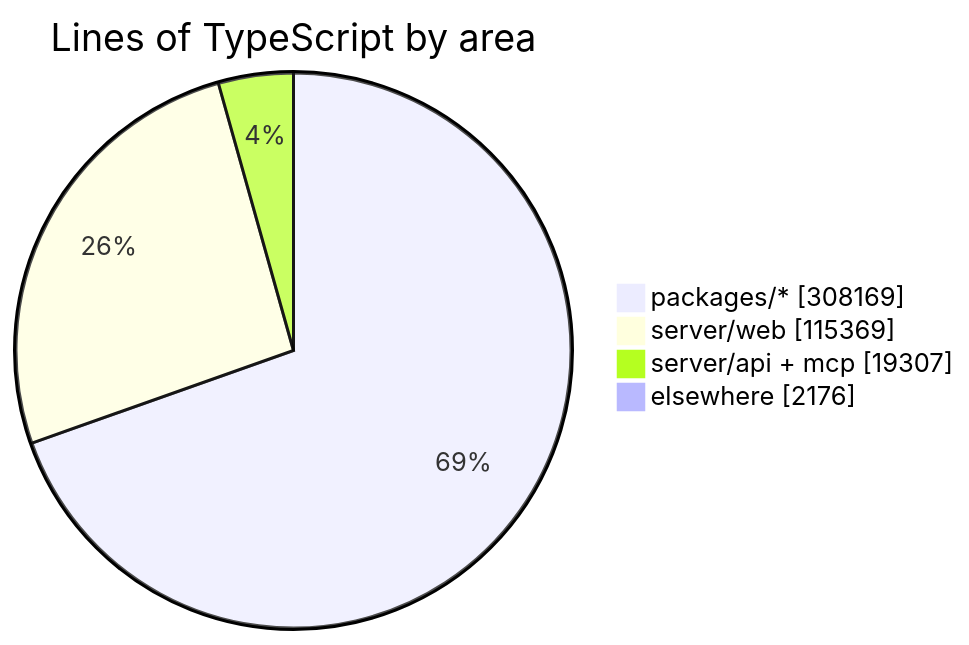
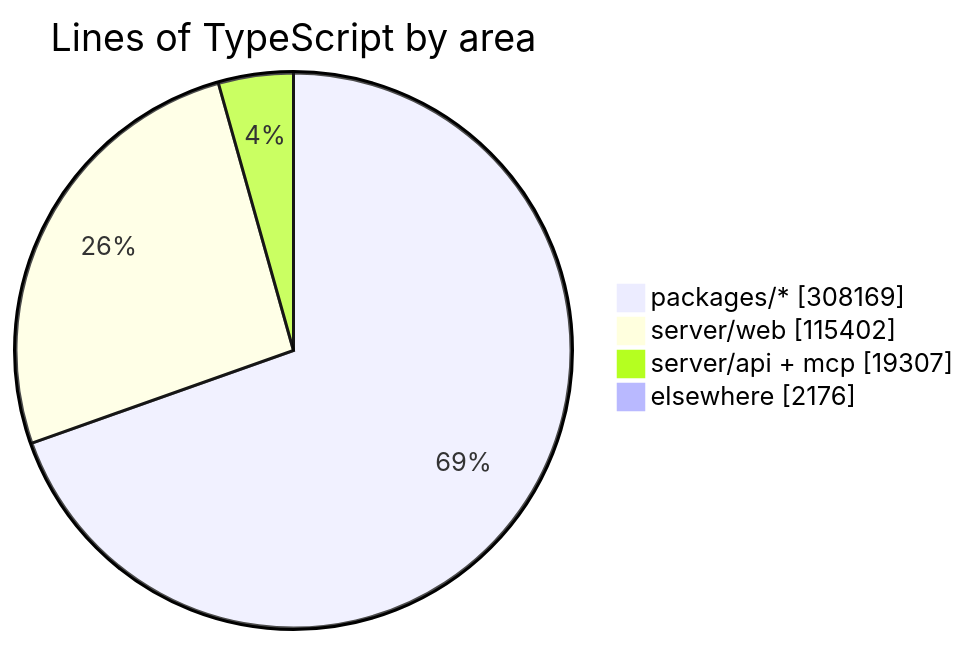
One commit to crossworks-engineering/mantle changed the diagram in README.md. Above: the diagram before and after it, drawn with Mermaid. The commit also changed other lines of this file and 2 other files, not shown here.

````diff
--- a/README.md
+++ b/README.md
@@ -294,7 +294,7 @@
 ```mermaid
 pie showData title Lines of TypeScript by area
     "packages/*" : 308169
-    "server/web" : 115369
+    "server/web" : 115402
     "server/api + mcp" : 19307
     "elsewhere" : 2176
 ```
````
